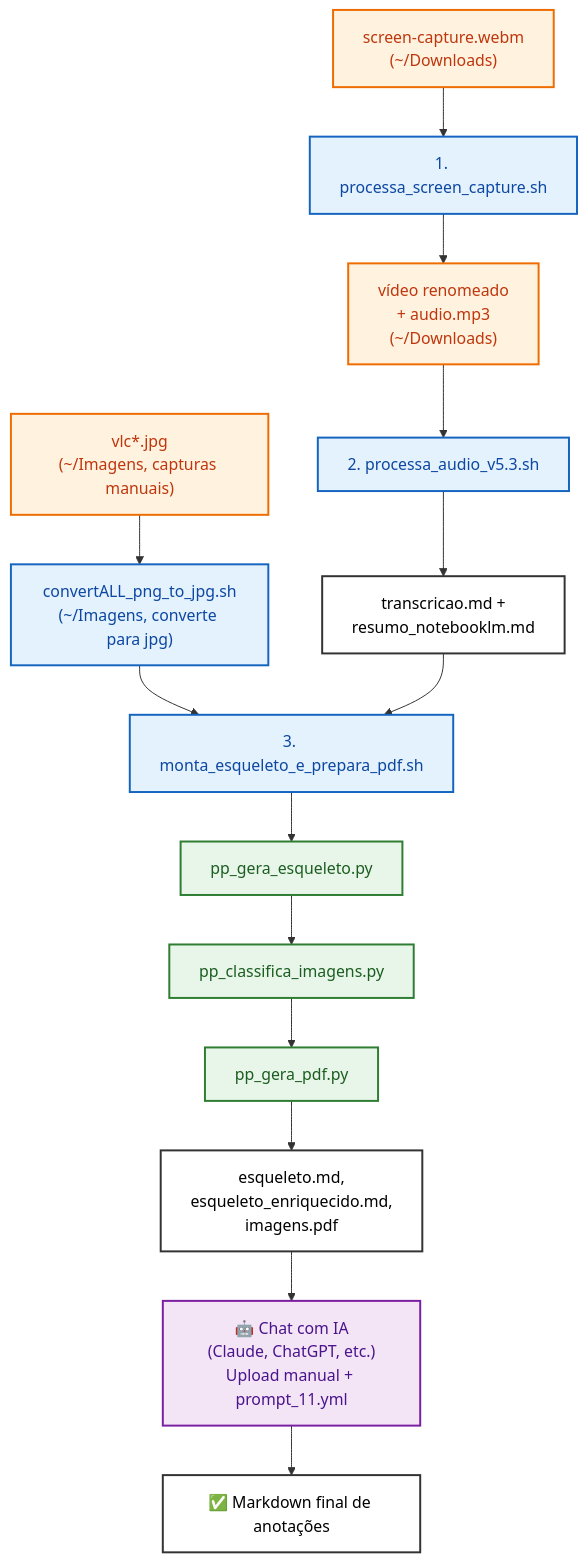
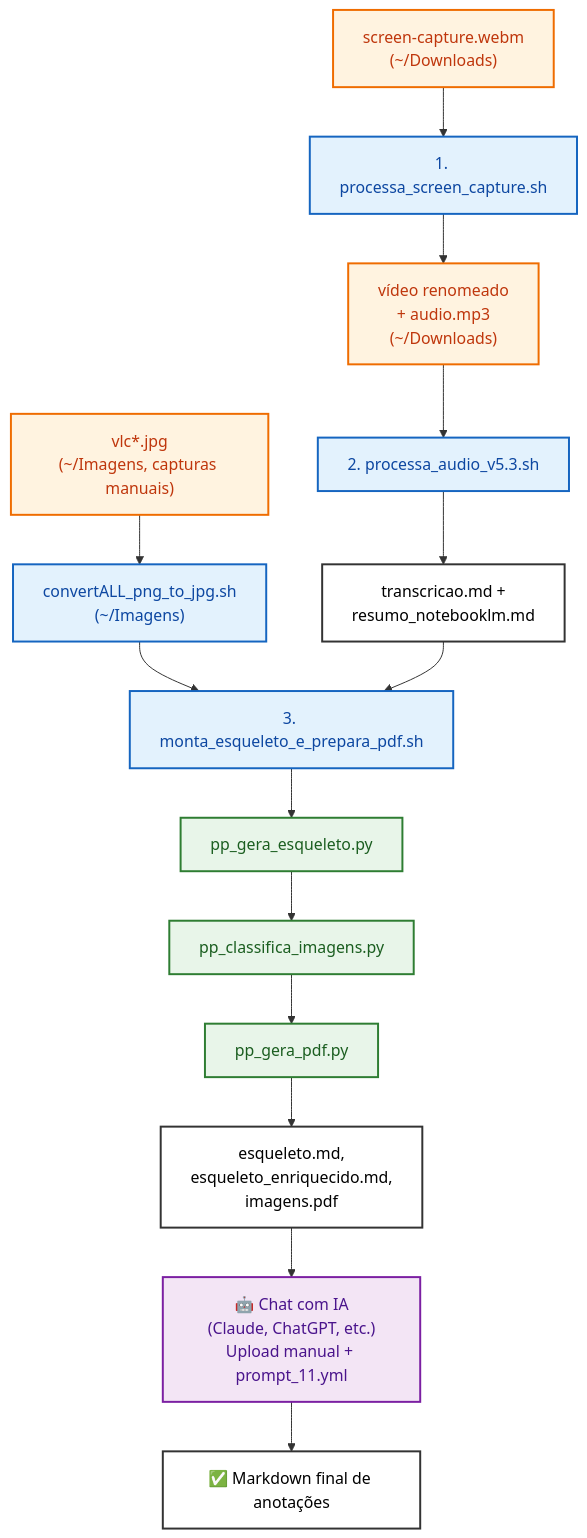
One commit to ahaerdy/class-notes-pipeline-toolkit changed the diagram in README.md. Above: the diagram before and after it, drawn with Mermaid.

Commit message:
refactor(readme): encurtar label do script de conversão no diagrama

````diff
--- a/README.md
+++ b/README.md
@@ -24,27 +24,27 @@
 ```mermaid
 flowchart TD
     %% Definição das classes de estilo
     classDef python fill:#e8f5e9,stroke:#2e7d32,stroke-width:2px,color:#1b5e20;
     classDef shell fill:#e3f2fd,stroke:#1565c0,stroke-width:2px,color:#0d47a1;
     classDef midia fill:#fff3e0,stroke:#ef6c00,stroke-width:2px,color:#bf360c;
     classDef doc fill:#ffffff,stroke:#333333,stroke-width:2px,color:#000000;
     classDef ai fill:#f3e5f5,stroke:#7b1fa2,stroke-width:2px,color:#4a148c;
 
     A["screen-capture.webm\n(~/Downloads)"] -->B1["1. processa_screen_capture.sh"] -->B2["vídeo renomeado\n+ audio.mp3\n(~/Downloads)"]
     B2 --> C1["2. processa_audio_v5.3.sh"] --> C2["transcricao.md +\nresumo_notebooklm.md"]
-    D["vlc*.jpg\n(~/Imagens, capturas manuais)"] --> D2["convertALL_png_to_jpg.sh\n(~/Imagens, converte para jpg)"] --> E
+    D["vlc*.jpg\n(~/Imagens, capturas manuais)"] --> D2["convertALL_png_to_jpg.sh\n(~/Imagens)"] --> E
     C2 --> E["3. monta_esqueleto_e_prepara_pdf.sh"]
     E --> F["pp_gera_esqueleto.py"]
     F --> G["pp_classifica_imagens.py"]
     G --> H["pp_gera_pdf.py"]
     H --> I["esqueleto.md,\nesqueleto_enriquecido.md,\nimagens.pdf"]
     I --> J["🤖 Chat com IA\n(Claude, ChatGPT, etc.)\nUpload manual + prompt_11.yml"]
     J --> K["✅ Markdown final de anotações"]
 
     %% Aplicando as classes
     class F,G,H python;
     class E,B1,C1,D2 shell;
     class A,B2,D midia;
     class C2,I,K doc;
     class J ai;
 ```
````
